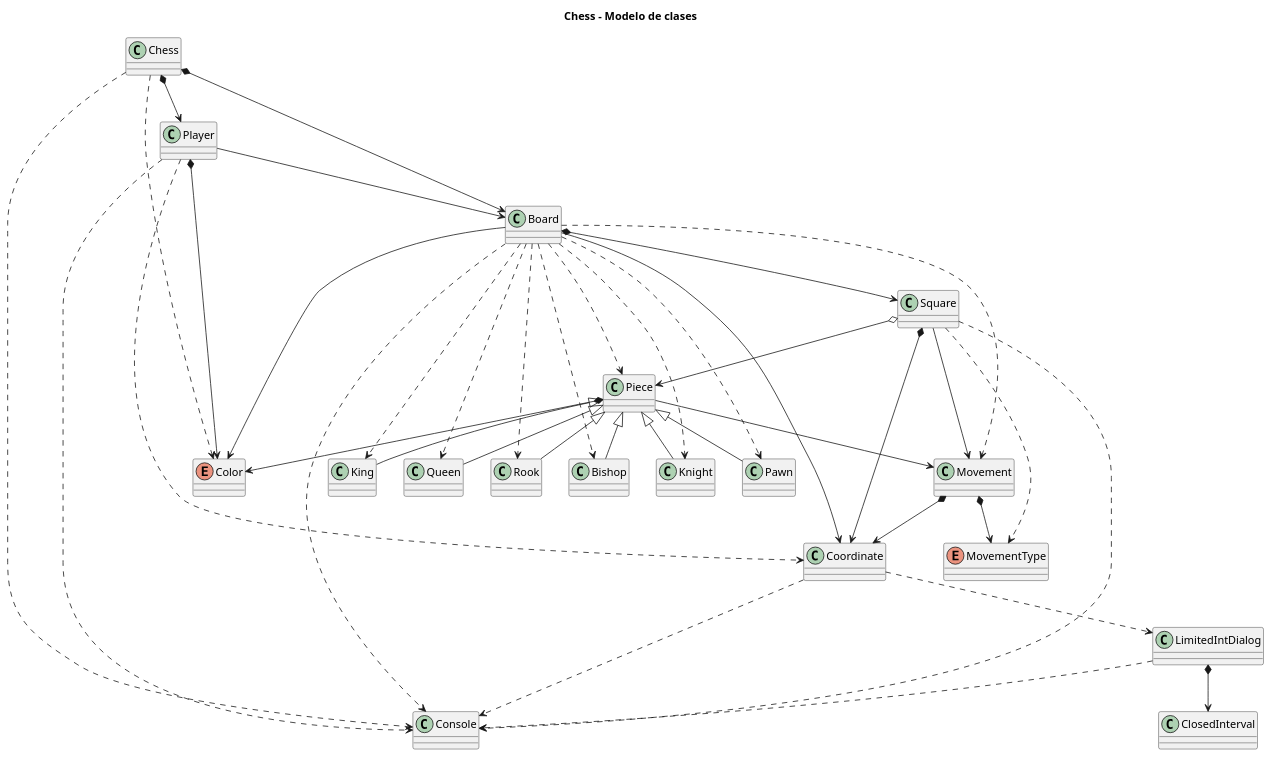
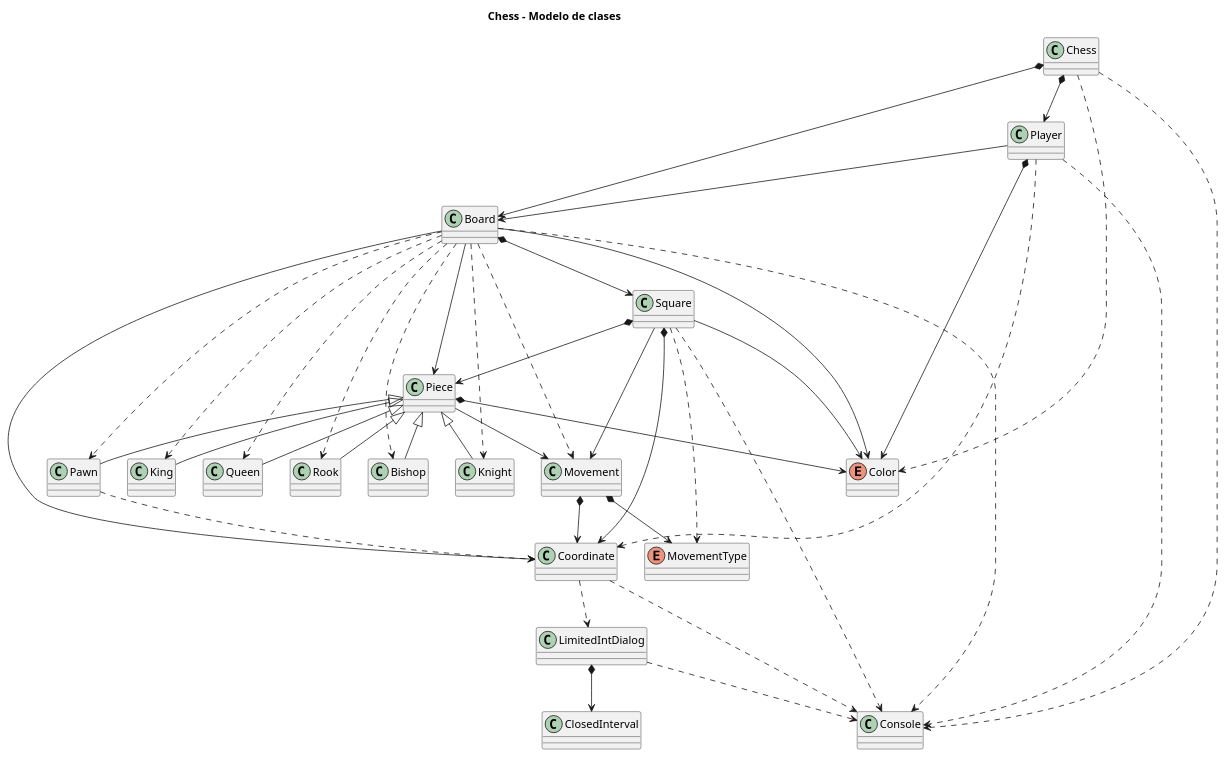
The diagram in chess/diagramas/diagrama-clases.puml (Master-Desarrollo-20-21/ejercicio-4-ajedrez-polimorfismo-menthil), drawn with PlantUML before and after one commit. The commit also changed 7 other files, not shown here.

Commit message:
Diagrama y método isKing

```diff
--- a/chess/diagramas/diagrama-clases.puml
+++ b/chess/diagramas/diagrama-clases.puml
@@ -1,94 +1,96 @@
 @startuml
 
 title Chess - Modelo de clases
 
 Class Chess
 
 Chess *--> Board
 Chess *--> Player
 Chess ..> Color
 Chess ..> Console
 
 Class Board
 
 Board *--> Square
+Board --> Coordinate
 Board --> Color
-Board --> Coordinate
-Board ..> Piece
+Board --> Piece
 Board ..> King
 Board ..> Queen
 Board ..> Rook
 Board ..> Bishop
 Board ..> Knight
 Board ..> Pawn
 Board ..> Console
 Board ..> Movement
 
 Class Player
 
 Player *--> Color
 Player --> Board
 Player ..> Coordinate
 Player ..> Console
 
 Class Console
 
 Enum Color
 
 Class Square
 
-Square o--> Piece
+Square *--> Piece
 Square *--> Coordinate
+Square --> Color
+Square ..> Console
 Square --> Movement
-Square ..> Console
 Square ..> MovementType
 
 Class Coordinate
 
 Coordinate ..> Console
 Coordinate ..> LimitedIntDialog
-
-Class Movement
-
-Movement *--> Coordinate
-Movement *--> MovementType
-
-Enum MovementType 
 
 Class Piece
 
 Piece *--> Color
 Piece --> Movement
 
 Class King
 
 Piece <|-- King
 
 Class Queen
 
 Piece <|-- Queen
 
 Class Rook
 
 Piece <|-- Rook
 
 Class Bishop
 
 Piece <|-- Bishop
 
 Class Knight
 
 Piece <|-- Knight
 
 Class Pawn
 
 Piece <|-- Pawn
+Pawn ..> Coordinate
+
+Class Movement
+
+Movement *--> Coordinate
+Movement *--> MovementType
+
+Enum MovementType 
 
 Class LimitedIntDialog
 
 LimitedIntDialog *--> ClosedInterval
 LimitedIntDialog ..> Console
 
 Class ClosedInterval
 
 @enduml
```
